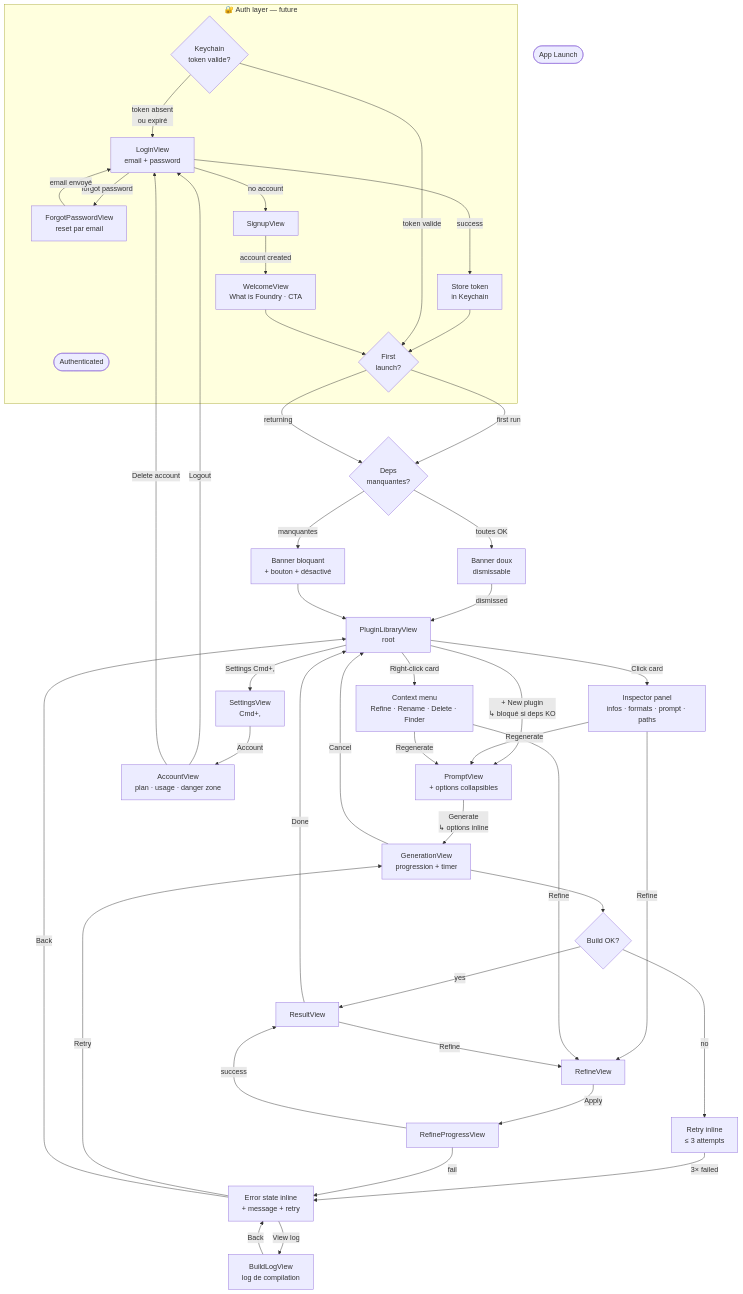
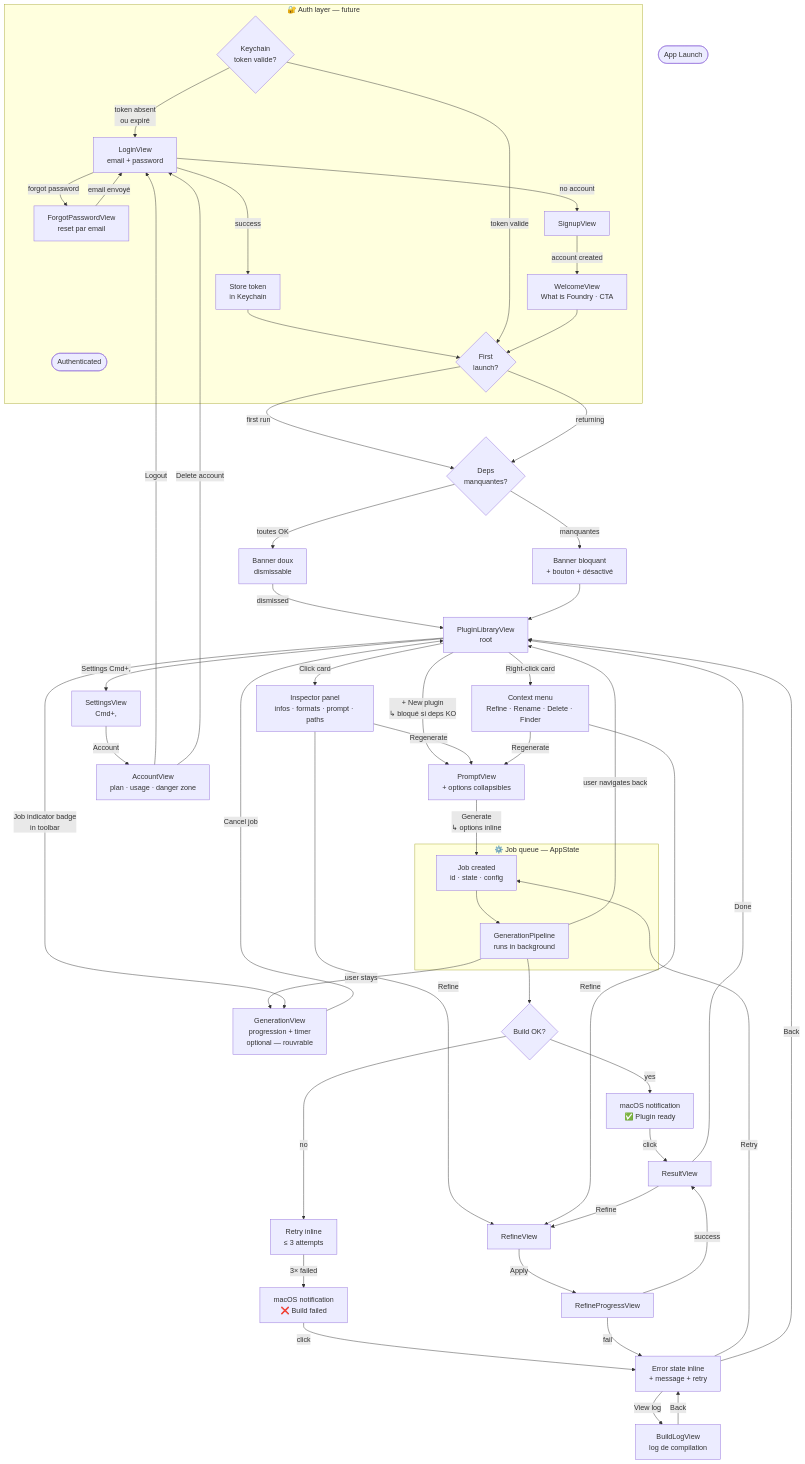
Before and after one commit to theodaguier/foundry: the second of 2 diagrams in docs/userflow.md, drawn with Mermaid. The commit also changed other lines of this file, not shown here.

Commit message:
docs: add background job queue, notifications, job indicator to improved flow

```diff
--- a/docs/userflow.md
+++ b/docs/userflow.md
@@ -129,17 +129,34 @@
     ACCOUNT -->|Logout| LOGIN
     ACCOUNT -->|Delete account| LOGIN
 
-    PROMPT -->|Generate\n↳ options inline| GEN
+    PROMPT -->|Generate\n↳ options inline| JOB_START
 
-    GEN --> BUILD_OK
-    BUILD_OK -->|yes| RESULT
+    subgraph JOBS ["⚙️ Job queue — AppState"]
+        JOB_START[Job created\nid · state · config]
+        JOB_RUN[GenerationPipeline\nruns in background]
+        JOB_START --> JOB_RUN
+    end
+
+    JOB_RUN -->|user navigates back| LIBRARY
+    JOB_RUN -->|user stays| GEN
+
+    GEN[GenerationView\nprogression + timer\noptional — rouvrable]
+    GEN -->|Cancel job| LIBRARY
+
+    JOB_RUN --> BUILD_OK
+    BUILD_OK -->|yes| NOTIF_OK[macOS notification\n✅ Plugin ready]
     BUILD_OK -->|no| RETRY
-    RETRY -->|3× failed| ERROR_INLINE
+    RETRY -->|3× failed| NOTIF_FAIL[macOS notification\n❌ Build failed]
+
+    NOTIF_OK -->|click| RESULT
+    NOTIF_FAIL -->|click| ERROR_INLINE
+
+    LIBRARY -->|Job indicator badge\nin toolbar| GEN
+
     ERROR_INLINE -->|View log| BUILD_LOG
-    ERROR_INLINE -->|Retry| GEN
+    ERROR_INLINE -->|Retry| JOB_START
     ERROR_INLINE -->|Back| LIBRARY
     BUILD_LOG -->|Back| ERROR_INLINE
-    GEN -->|Cancel| LIBRARY
 
     RESULT -->|Done| LIBRARY
     RESULT -->|Refine| REFINE
```
